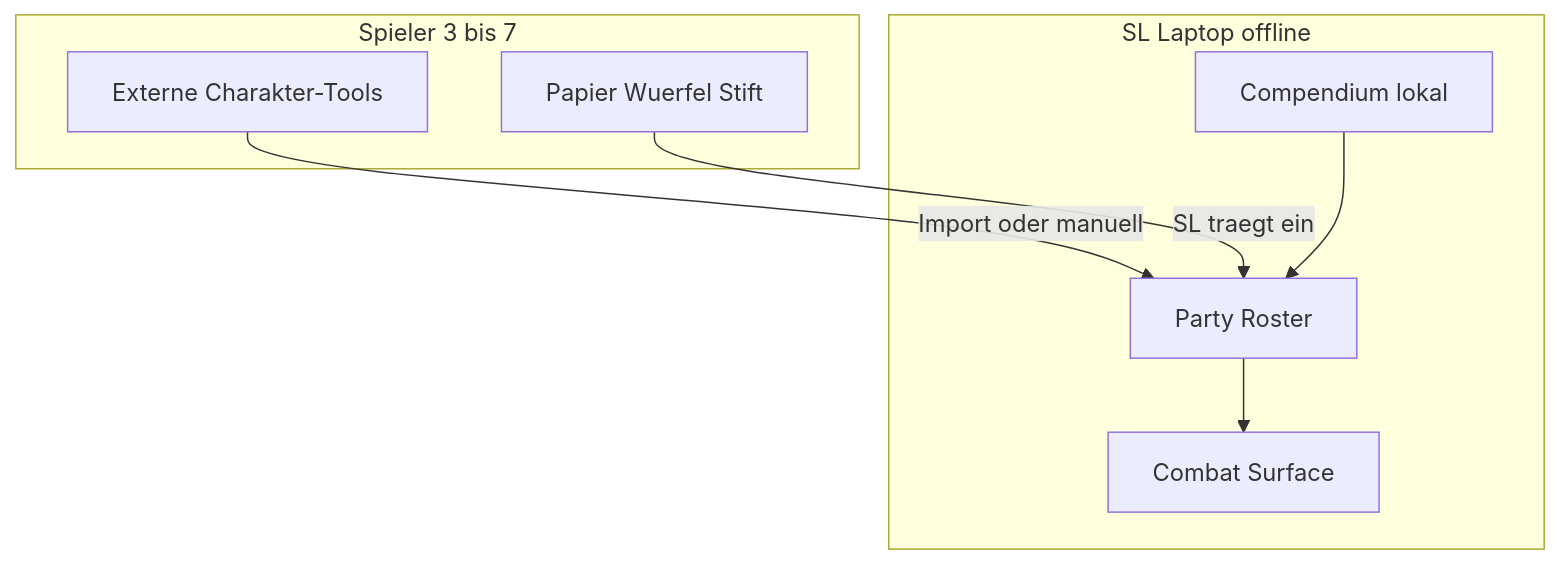
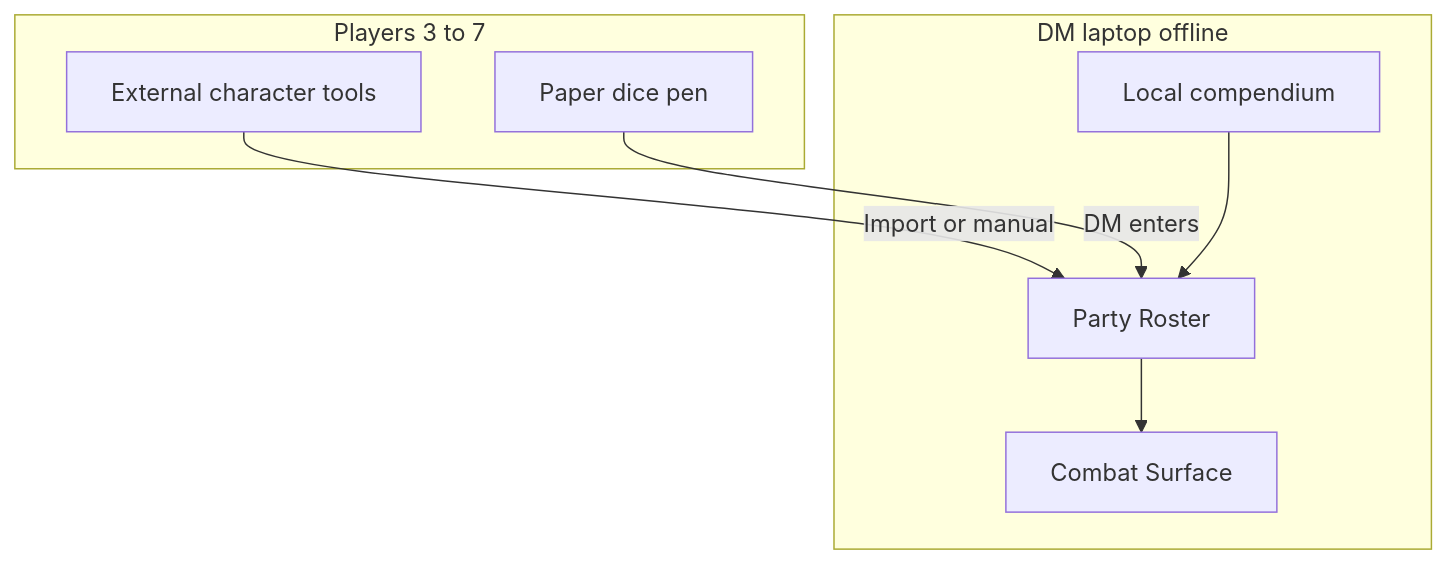
One commit to BlackScyther/alter_ego changed the first of 4 diagrams in PROJECT.md. Above: the diagram before and after it, drawn with Mermaid. The commit also changed other lines of this file and 8 other files, not shown here.

````diff
--- a/PROJECT.md
+++ b/PROJECT.md
@@ -41,16 +41,16 @@
 ```mermaid
 flowchart TB
-  subgraph players [Spieler 3 bis 7]
-    extTools[Externe Charakter-Tools]
-    paper[Papier Wuerfel Stift]
+  subgraph players [Players 3 to 7]
+    extTools[External character tools]
+    paper[Paper dice pen]
   end
-  subgraph dmLaptop [SL Laptop offline]
+  subgraph dmLaptop [DM laptop offline]
     party[Party Roster]
     combat[Combat Surface]
-    compendium[Compendium lokal]
+    compendium[Local compendium]
   end
-  extTools -->|Import oder manuell| party
-  paper -->|SL traegt ein| party
+  extTools -->|Import or manual| party
+  paper -->|DM enters| party
   party --> combat
   compendium --> party
 ```
````
